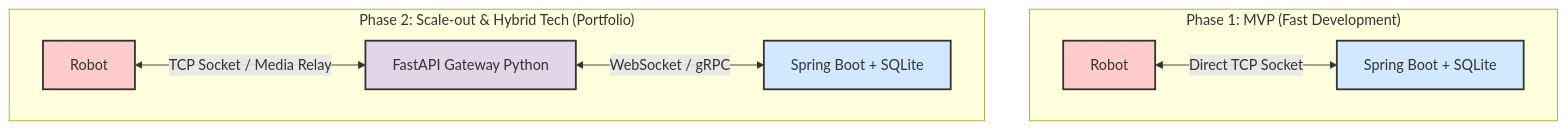
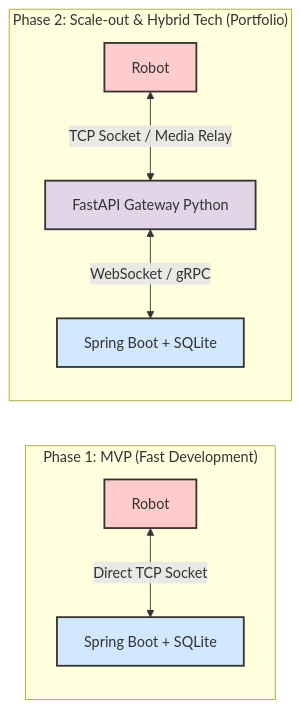
Before and after one commit to jinsung-mo/-BBIYONG-autonomous_driving_factory_patrol_robot: the second of 2 diagrams in docs/architecture_and_api_spec.md, drawn with Mermaid.

Commit message:
docs: Change roadmap diagram direction to Left-to-Right

````diff
--- a/docs/architecture_and_api_spec.md
+++ b/docs/architecture_and_api_spec.md
@@ -153,24 +153,24 @@
 ```mermaid
-flowchart TD
+flowchart LR
     subgraph "Phase 1: MVP (Fast Development)"
         Robot1[Robot]
         SpringBoot1[Spring Boot + SQLite]
         Robot1 <-->|Direct TCP Socket| SpringBoot1
     end
     
     subgraph "Phase 2: Scale-out & Hybrid Tech (Portfolio)"
         Robot2[Robot]
         FastAPI[FastAPI Gateway Python]
         SpringBoot2[Spring Boot + SQLite]
         Robot2 <-->|TCP Socket / Media Relay| FastAPI
         FastAPI <-->|WebSocket / gRPC| SpringBoot2
     end
 
     classDef robot fill:#ffcccc,stroke:#333,stroke-width:2px,color:#333
     classDef backend fill:#d1e8ff,stroke:#333,stroke-width:2px,color:#333
     classDef gateway fill:#e1d5e7,stroke:#333,stroke-width:2px,color:#333
 
     class Robot1,Robot2 robot
     class SpringBoot1,SpringBoot2 backend
     class FastAPI gateway
 ```
````
